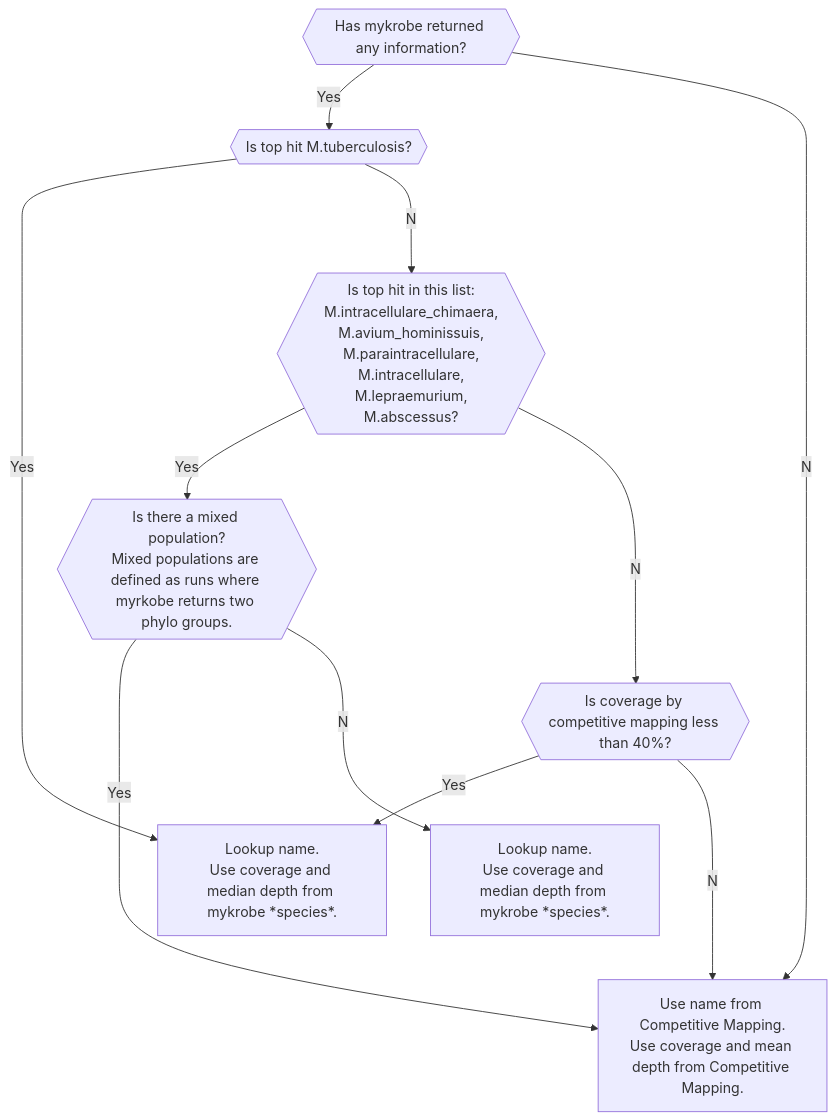
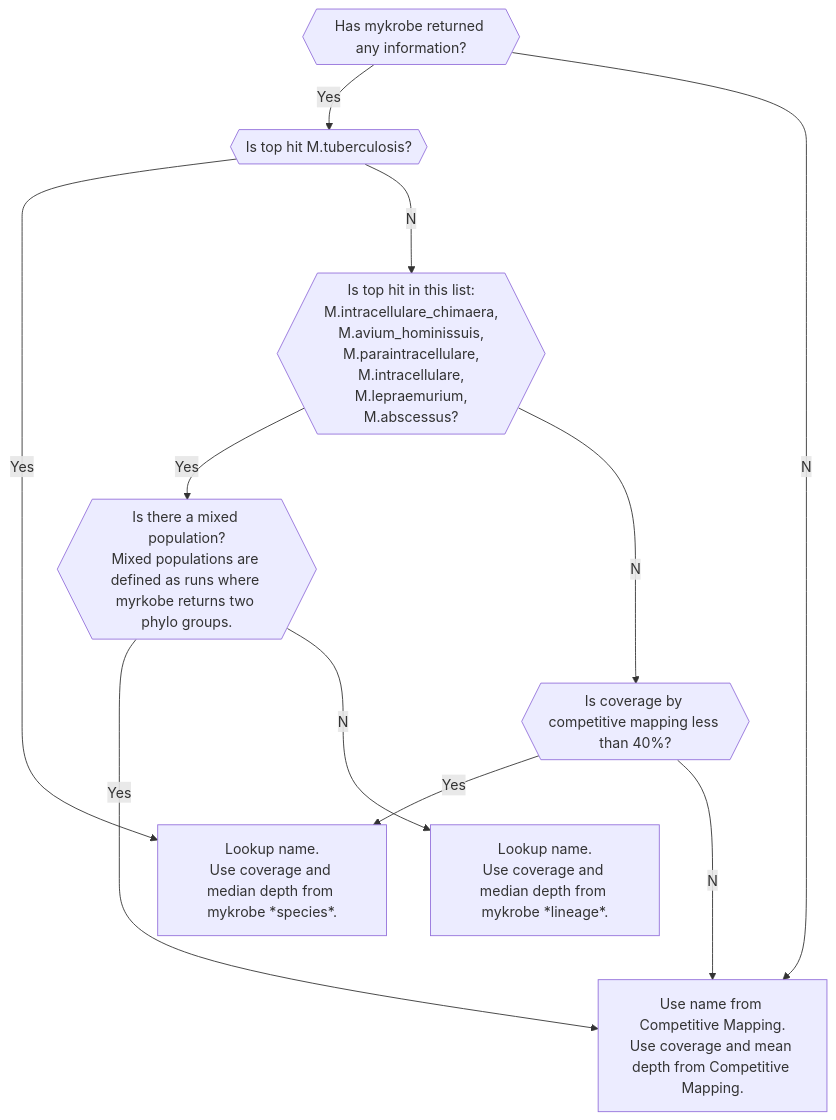
The diagram in speciation.md (softwaremmm/summary_pipeline), drawn with Mermaid before and after one commit. The commit also changed other lines of this file, not shown here.

````diff
--- a/speciation.md
+++ b/speciation.md
@@ -79,33 +77,33 @@
 ```mermaid
 graph TD;
     MYKROBE_RETURN{{Has mykrobe returned any information?}};
 
     ALL_CM[Use name from Competitive Mapping.<br/>Use coverage and mean depth from Competitive Mapping.];
 
     TOPHIT_TB{{Is top hit M.tuberculosis?}};
 
     MYKROBE_SPECIES[Lookup name.<br/>Use coverage and median depth from mykrobe *species*.];
 
     TOPHIT_SPECIAL_NTM{{Is top hit in this list:<br/>M.intracellulare_chimaera,<br/>M.avium_hominissuis,<br/>M.paraintracellulare,<br/>M.intracellulare,<br/>M.lepraemurium,<br/>M.abscessus?}};
 
     MIXED{{Is there a mixed population?<br/>Mixed populations are defined as runs where myrkobe returns two phylo groups.}};
 
-    PROCESS_SPECIAL_NTM_UNMIXED[Lookup name.<br/>Use coverage and median depth from mykrobe *species*.];
+    PROCESS_SPECIAL_NTM_UNMIXED[Lookup name.<br/>Use coverage and median depth from mykrobe *lineage*.];
 
     LOW_COV{{Is coverage by competitive mapping less than 40%?}};
 
     MYKROBE_RETURN--Yes-->TOPHIT_TB;
     MYKROBE_RETURN--No-->ALL_CM;
 
     TOPHIT_TB--Yes-->MYKROBE_SPECIES;
     TOPHIT_TB--No-->TOPHIT_SPECIAL_NTM;
 
     TOPHIT_SPECIAL_NTM--Yes-->MIXED;
     MIXED--Yes-->ALL_CM;
     MIXED--No-->PROCESS_SPECIAL_NTM_UNMIXED;
     TOPHIT_SPECIAL_NTM--No-->LOW_COV;
 
     LOW_COV--Yes-->MYKROBE_SPECIES;
     LOW_COV--No-->ALL_CM;
 
 ```
````
